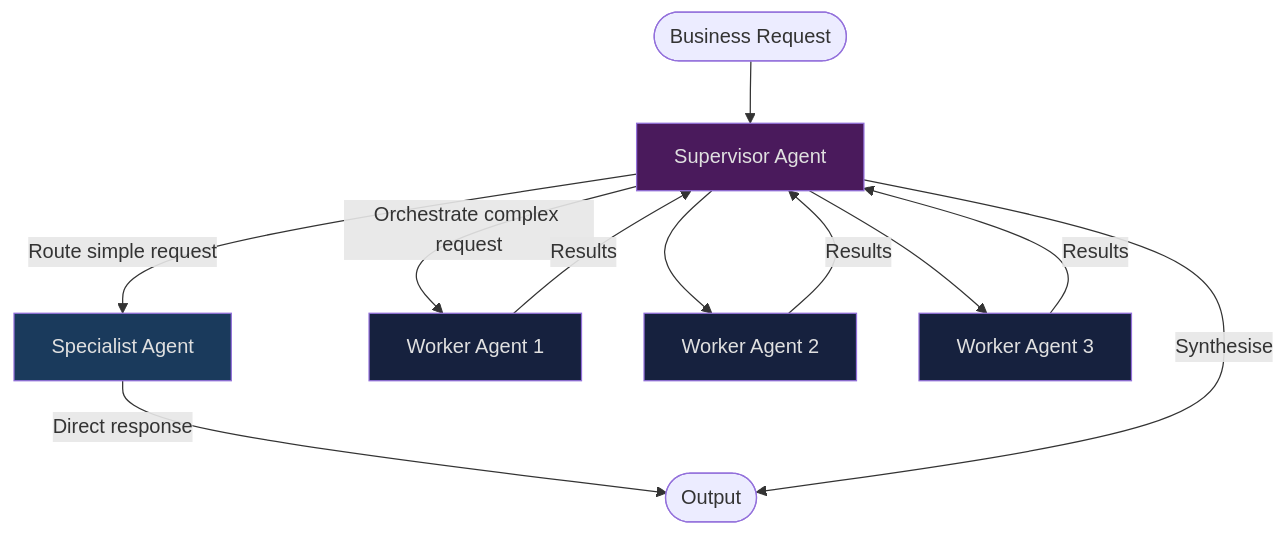
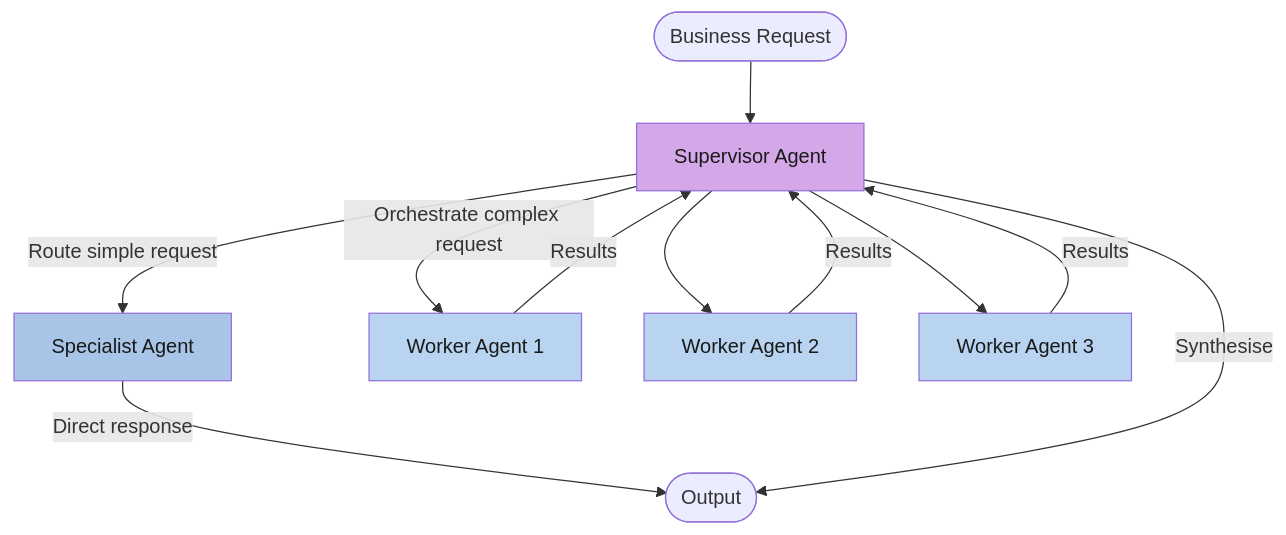
The sixth of 11 diagrams in Computing/AGENTS/README.md (jylhakos/InternetOfThings), drawn with Mermaid before and after one commit. The commit also changed other lines of this file, not shown here.

````diff
--- a/Computing/AGENTS/README.md
+++ b/Computing/AGENTS/README.md
@@ -540,17 +540,17 @@
 ```mermaid
 flowchart TD
     U([Business Request]) --> SUPER[Supervisor Agent]
     SUPER -->|Route simple request| SPEC[Specialist Agent]
     SUPER -->|Orchestrate complex request| W1[Worker Agent 1]
     SUPER --> W2[Worker Agent 2]
     SUPER --> W3[Worker Agent 3]
     W1 & W2 & W3 -->|Results| SUPER
     SPEC -->|Direct response| OUT([Output])
     SUPER -->|Synthesise| OUT
 
-    style SUPER fill:#4a1a5c,color:#e0e0e0
-    style SPEC fill:#1a3a5c,color:#e0e0e0
-    style W1 fill:#16213e,color:#e0e0e0
-    style W2 fill:#16213e,color:#e0e0e0
-    style W3 fill:#16213e,color:#e0e0e0
+    style SUPER fill:#d4a8e8,color:#1a1a1a
+    style SPEC fill:#a8c5e8,color:#1a1a1a
+    style W1 fill:#b8d4f0,color:#1a1a1a
+    style W2 fill:#b8d4f0,color:#1a1a1a
+    style W3 fill:#b8d4f0,color:#1a1a1a
 ```
````
